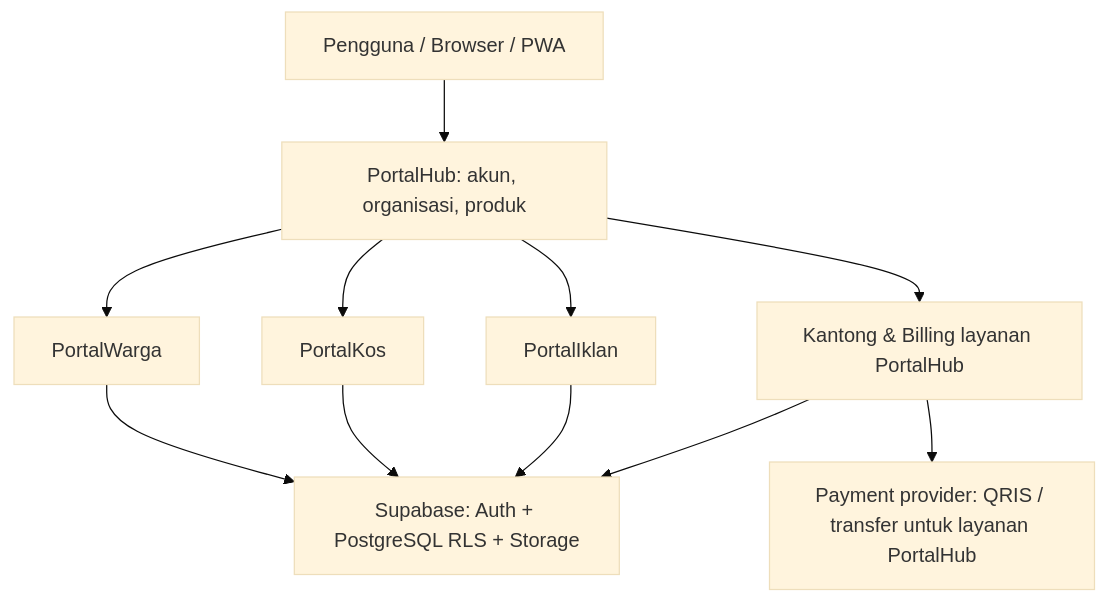
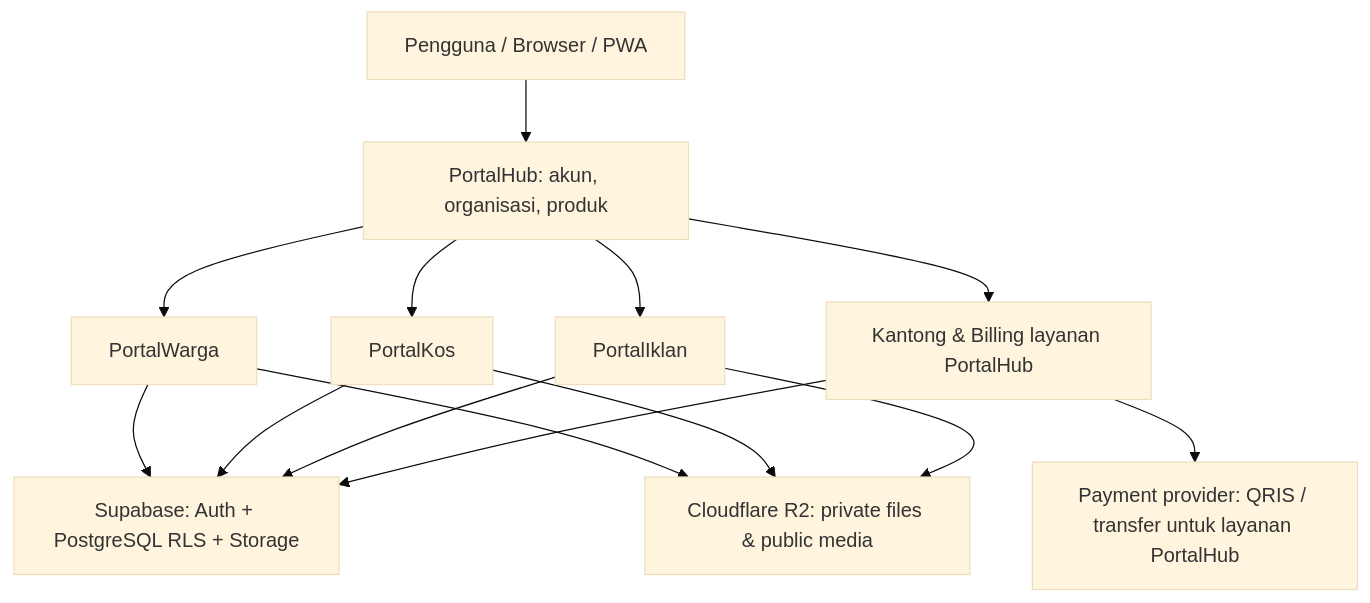
One commit to kodok-ijho/PortalHub changed the first of 2 diagrams in README.md. Above: the diagram before and after it, drawn with Mermaid (base theme). The commit also changed other lines of this file, not shown here.

Commit message:
docs: surface Cloudflare R2 architecture and storage links in root README

````diff
--- a/README.md
+++ b/README.md
@@ -23,13 +23,16 @@
 ```mermaid
 flowchart TB
     U["Pengguna / Browser / PWA"] --> HUB["PortalHub: akun, organisasi, produk"]
     HUB --> W["PortalWarga"]
     HUB --> K["PortalKos"]
     HUB --> I["PortalIklan"]
     HUB --> B["Kantong & Billing layanan PortalHub"]
     W --> D["Supabase: Auth + PostgreSQL RLS + Storage"]
     K --> D
     I --> D
     B --> D
     B --> P["Payment provider: QRIS / transfer untuk layanan PortalHub"]
+    W --> R2["Cloudflare R2: private files & public media"]
+    K --> R2
+    I --> R2
 ```
````
